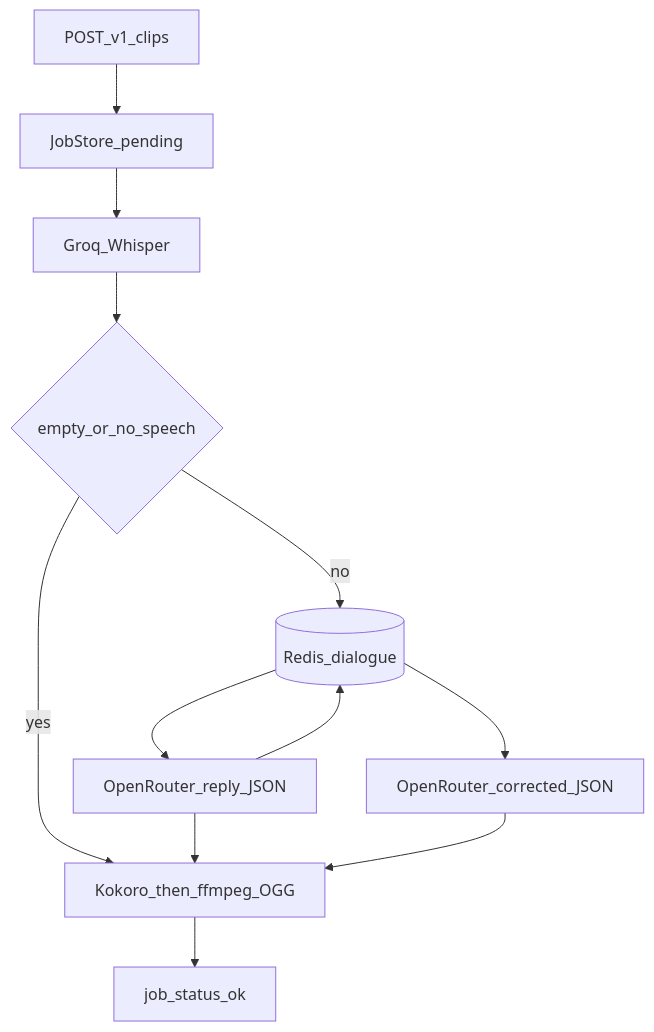
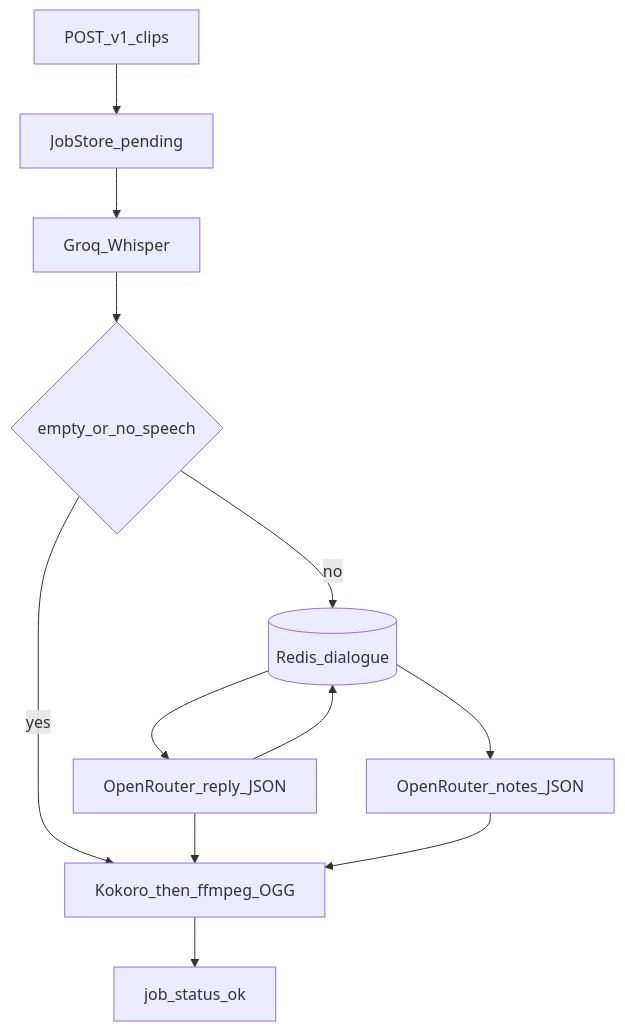
Before and after one commit to greenblat17/1billion-dollar-startup: the third of 4 diagrams in ai_docs/architecture.md, drawn with Mermaid. The commit also changed other lines of this file and 13 other files, not shown here.

````diff
--- a/ai_docs/architecture.md
+++ b/ai_docs/architecture.md
@@ -88,22 +87,22 @@
 ```mermaid
 flowchart TD
   clip[POST_v1_clips]
   job[JobStore_pending]
   stt[Groq_Whisper]
   clarify{empty_or_no_speech}
   reply[OpenRouter_reply_JSON]
-  rewrite[OpenRouter_corrected_JSON]
+  notes[OpenRouter_notes_JSON]
   tts[Kokoro_then_ffmpeg_OGG]
   redis[(Redis_dialogue)]
   ok[job_status_ok]
 
   clip --> job --> stt --> clarify
   clarify -->|yes| tts
   clarify -->|no| redis
   redis --> reply
-  redis --> rewrite
+  redis --> notes
   reply --> redis
   reply --> tts
-  rewrite --> tts
+  notes --> tts
   tts --> ok
 ```
````
